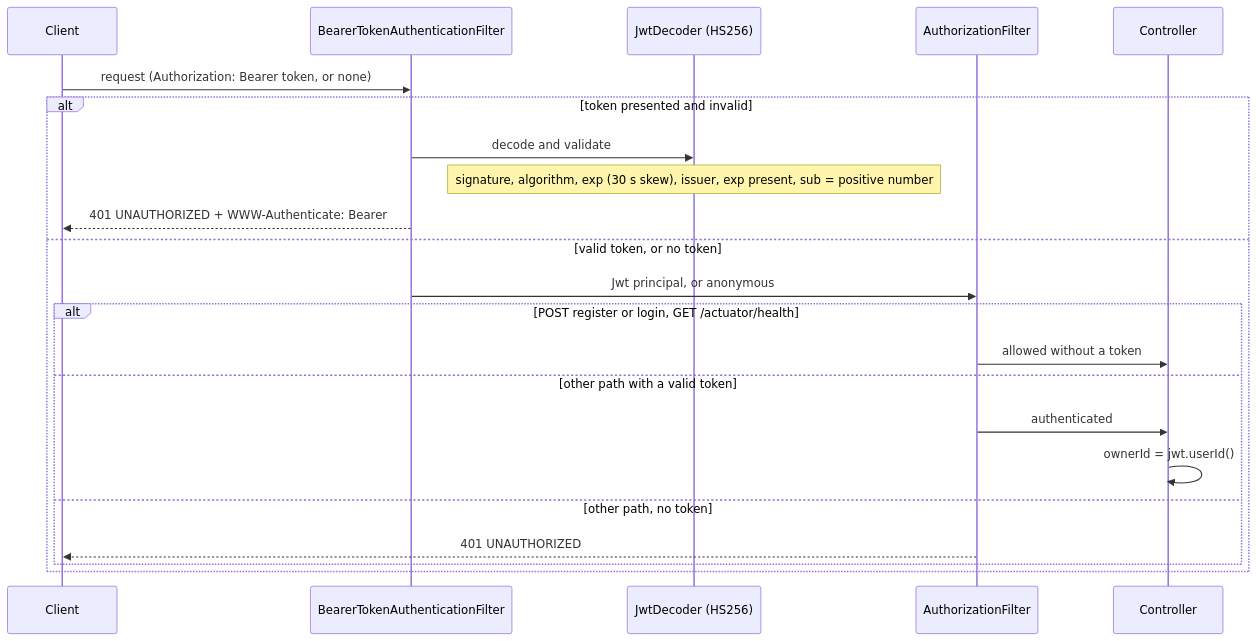
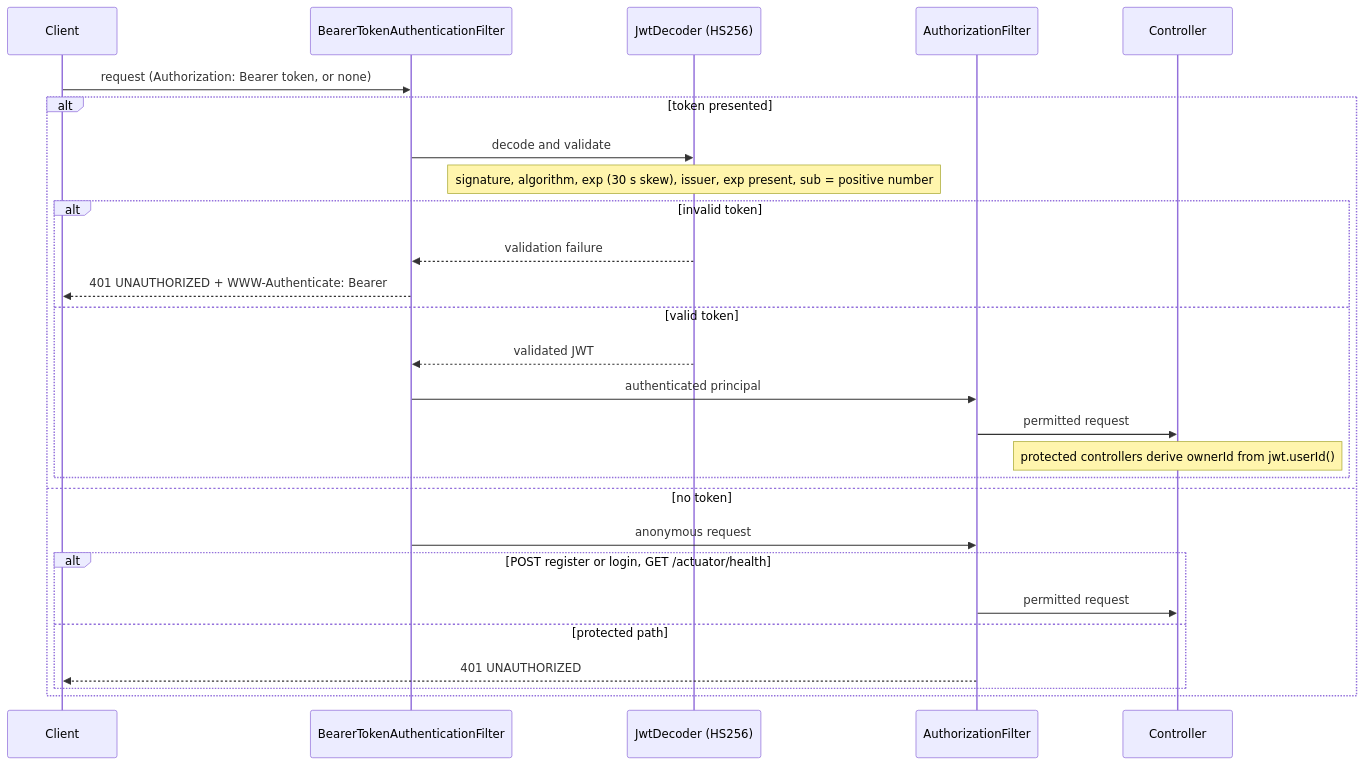
Before and after one commit to chaudhary-lakshay/taskflow: the ninth of 14 diagrams in docs/diagrams/architecture.md, drawn with Mermaid. The commit also changed other lines of this file and 1 other file, not shown here.

Commit message:
docs: clarify JWT validation and scoped mutations

````diff
--- a/docs/diagrams/architecture.md
+++ b/docs/diagrams/architecture.md
@@ -317,24 +317,29 @@
 ```mermaid
 sequenceDiagram
   participant C as Client
   participant F as BearerTokenAuthenticationFilter
   participant D as JwtDecoder (HS256)
   participant A as AuthorizationFilter
   participant K as Controller
   C->>F: request (Authorization: Bearer token, or none)
-  alt token presented and invalid
+  alt token presented
     F->>D: decode and validate
     Note over D: signature, algorithm, exp (30 s skew), issuer, exp present, sub = positive number
-    F-->>C: 401 UNAUTHORIZED + WWW-Authenticate: Bearer
-  else valid token, or no token
-    F->>A: Jwt principal, or anonymous
+    alt invalid token
+      D-->>F: validation failure
+      F-->>C: 401 UNAUTHORIZED + WWW-Authenticate: Bearer
+    else valid token
+      D-->>F: validated JWT
+      F->>A: authenticated principal
+      A->>K: permitted request
+      Note over K: protected controllers derive ownerId from jwt.userId()
+    end
+  else no token
+    F->>A: anonymous request
     alt POST register or login, GET /actuator/health
-      A->>K: allowed without a token
-    else other path with a valid token
-      A->>K: authenticated
-      K->>K: ownerId = jwt.userId()
-    else other path, no token
+      A->>K: permitted request
+    else protected path
       A-->>C: 401 UNAUTHORIZED
     end
   end
 ```
````
